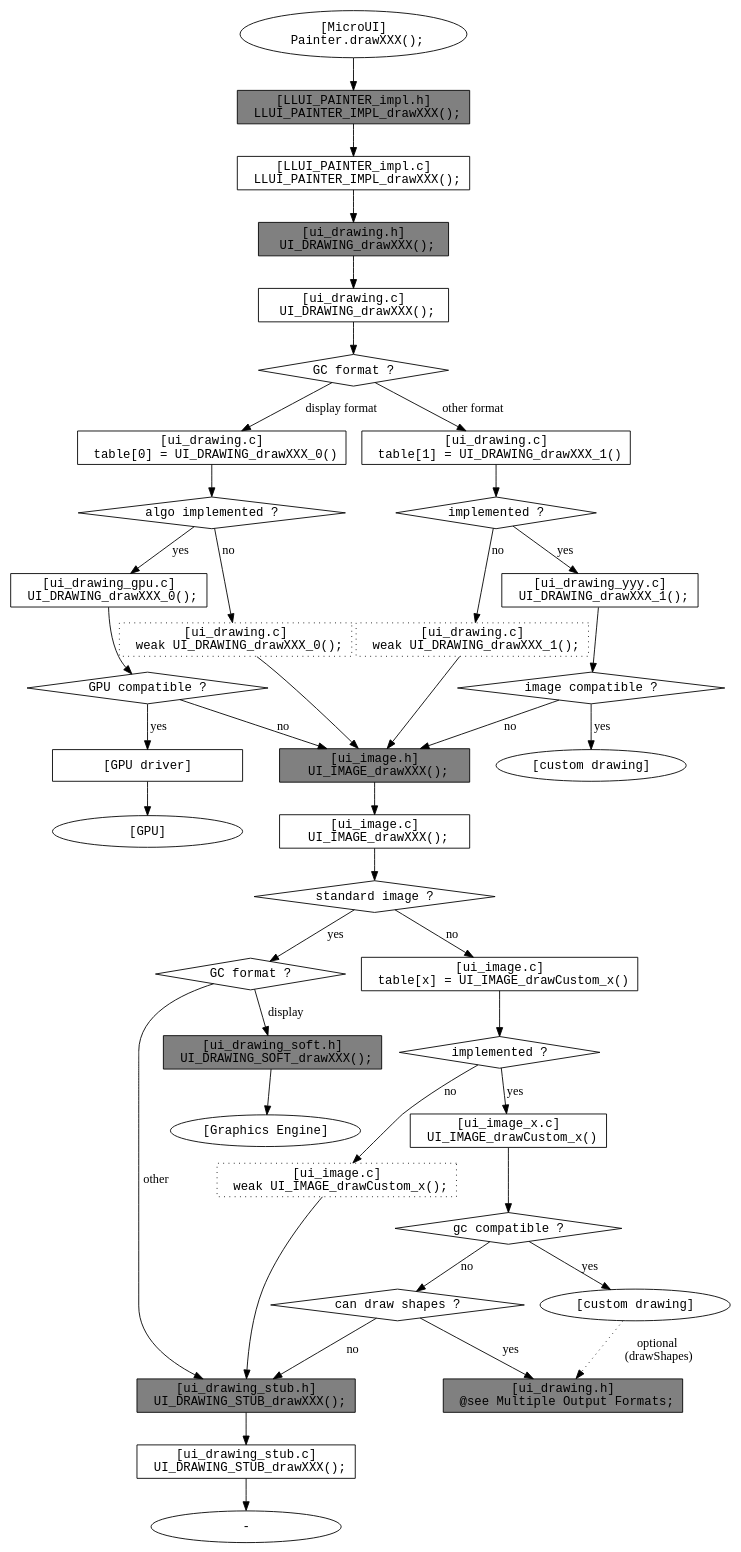
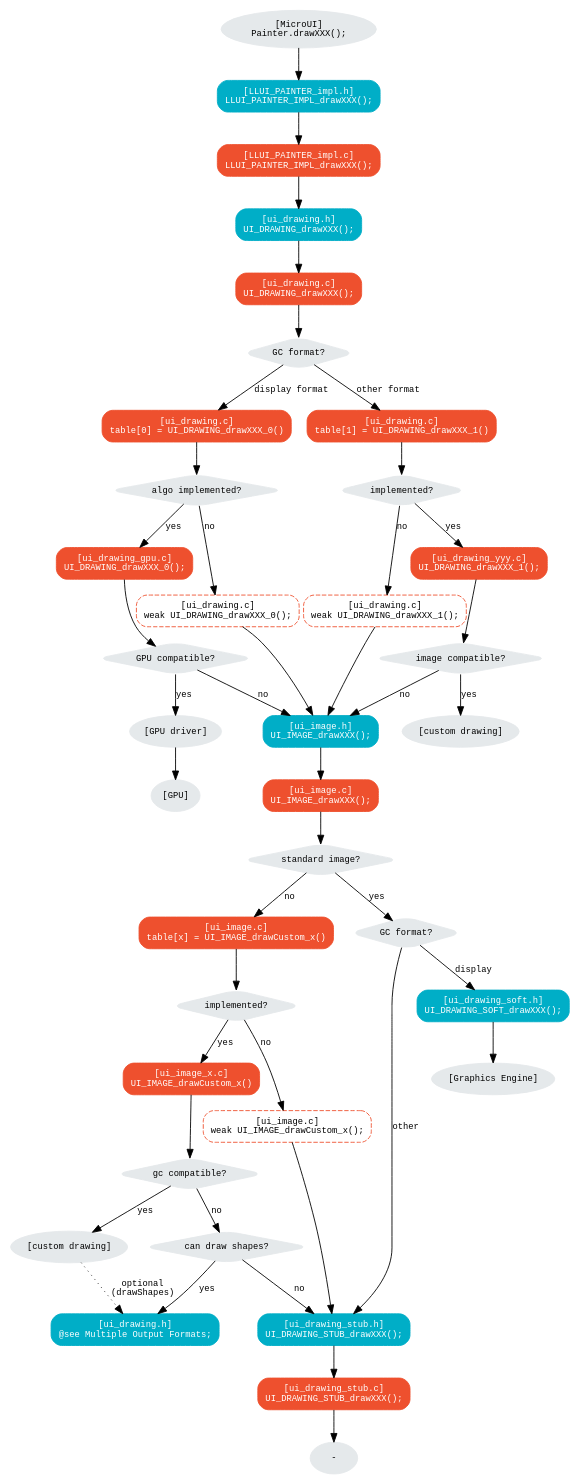
Before and after one commit to MicroEJ/docs: the second of 4 diagrams in VEEPortingGuide/uiBufferedImage.rst, drawn with Graphviz. The commit also changed other lines of this file and 2 other files, not shown here.

Commit message:
Update graphs look.

```diff
--- a/VEEPortingGuide/uiBufferedImage.rst
+++ b/VEEPortingGuide/uiBufferedImage.rst
@@ -480,126 +478,116 @@
   digraph {
     ratio="auto"
     splines="true";
-    node [style=filled fillcolor=white shape=rectangle fontname=monospace fontcolor=black width=3];
-        
+    node [style="filled,rounded" fontname="courier new" fontsize="10"]
+    
+    { //in/out
+        node [shape="ellipse" color="#e5e9eb" fontcolor="black"] mui UID_soft_c UID_gpu_driver UID_gpu_hard UID_1_d stub UIIx_impl_d
+    }
+    { // h
+        node [shape="box" color="#00aec7" fontcolor="white"] LLUI_h UID_h UID_soft_h UID_stub_h UII_h UID_h2
+    }
+    { // c
+        node [shape="box" color="#ee502e" fontcolor="white"] LLUI_c UID_c UID_c0 UID_c1 UID_gpu_0_c UID_1_c UID_stub_c UII_c UIIx_c UIIx_impl_c
+    }
+    { // weak
+        node [shape="box" style="dashed,rounded" color="#ee502e"] UID_weak_0_c UID_weak_1_c UIIx_weak_c
+    }
+    { // choice
+        node [shape="diamond" color="#e5e9eb"] UID_cond UID_gpu_cond UID_table UID_cond_1 UID_1_i UII_cond UII_gc UIIx_cond UIIx_gc UIIx_shape
+    }
+
     // --- SIMPLE FLOW ELEMENTS -- //
 
-    mui [label="[MicroUI]
-    Painter.drawXXX();" shape=ellipse] 
-    LLUI_h [label="[LLUI_PAINTER_impl.h]
-    LLUI_PAINTER_IMPL_drawXXX();" fillcolor=gray]
-    LLUI_c [label="[LLUI_PAINTER_impl.c]
-    LLUI_PAINTER_IMPL_drawXXX();"]
-    UID_h [label="[ui_drawing.h]
-    UI_DRAWING_drawXXX();" fillcolor=gray]
-    // UID_weak_c [label="[ui_drawing.c]
-    // weak UI_DRAWING_drawXXX();" style=dotted]
-    UID_soft_h [label="[ui_drawing_soft.h]
-    UI_DRAWING_SOFT_drawXXX();" fillcolor=gray]
-    UID_soft_c [label="[Graphics Engine]" shape=ellipse]
+    mui [label="[MicroUI]\nPainter.drawXXX();"] 
+    LLUI_h [label="[LLUI_PAINTER_impl.h]\nLLUI_PAINTER_IMPL_drawXXX();"]
+    LLUI_c [label="[LLUI_PAINTER_impl.c]\nLLUI_PAINTER_IMPL_drawXXX();"]
+    UID_h [label="[ui_drawing.h]\nUI_DRAWING_drawXXX();"]
+    UID_soft_h [label="[ui_drawing_soft.h]\nUI_DRAWING_SOFT_drawXXX();"]
+    UID_soft_c [label="[Graphics Engine]"]
 
     // --- GPU FLOW ELEMENTS -- //
 
-    UID_cond [label="algo implemented ?" shape=diamond]
-    // UID_gpu_c [label="[ui_drawing_gpu.c]
-    // UI_DRAWING_drawXXX();"]
-    UID_gpu_cond [label="GPU compatible ?" shape=diamond]
+    UID_cond [label="algo implemented?"]
+    UID_gpu_cond [label="GPU compatible?"]
     UID_gpu_driver [label="[GPU driver]"]
-    UID_gpu_hard [label="[GPU]" shape=ellipse]
+    UID_gpu_hard [label="[GPU]"]
 
     // --- MULTIPLE GC FLOW ELEMENTS -- //
 
-    UID_c [label="[ui_drawing.c]
-    UI_DRAWING_drawXXX();"]
-    UID_table [label="GC format ?" shape=diamond]
-    UID_c0 [label="[ui_drawing.c]
-    table[0] = UI_DRAWING_drawXXX_0()"]
-    UID_c1 [label="[ui_drawing.c]
-    table[1] = UI_DRAWING_drawXXX_1()"]
-    UID_weak_0_c [label="[ui_drawing.c]
-    weak UI_DRAWING_drawXXX_0();" style=dotted]
-    UID_gpu_0_c [label="[ui_drawing_gpu.c]
-    UI_DRAWING_drawXXX_0();"]
-    UID_cond_1 [label="implemented ?" shape=diamond]
-    UID_weak_1_c [label="[ui_drawing.c]
-    weak UI_DRAWING_drawXXX_1();" style=dotted]
-    UID_1_c [label="[ui_drawing_yyy.c]
-    UI_DRAWING_drawXXX_1();"]
-    UID_1_d [label="[custom drawing]" shape=ellipse]
-    UID_1_i [label="image compatible ?" shape=diamond]
+    UID_c [label="[ui_drawing.c]\nUI_DRAWING_drawXXX();"]
+    UID_table [label="GC format?"]
+    UID_c0 [label="[ui_drawing.c]\ntable[0] = UI_DRAWING_drawXXX_0()"]
+    UID_c1 [label="[ui_drawing.c]\ntable[1] = UI_DRAWING_drawXXX_1()"]
+    UID_weak_0_c [label="[ui_drawing.c]\nweak UI_DRAWING_drawXXX_0();"]
+    UID_gpu_0_c [label="[ui_drawing_gpu.c]\nUI_DRAWING_drawXXX_0();"]
+    UID_cond_1 [label="implemented?"]
+    UID_weak_1_c [label="[ui_drawing.c]\nweak UI_DRAWING_drawXXX_1();"]
+    UID_1_c [label="[ui_drawing_yyy.c]\nUI_DRAWING_drawXXX_1();"]
+    UID_1_d [label="[custom drawing]"]
+    UID_1_i [label="image compatible?"]
 
-    UID_stub_h [label="[ui_drawing_stub.h]
-    UI_DRAWING_STUB_drawXXX();" fillcolor=gray]
-    UID_stub_c [label="[ui_drawing_stub.c]
-    UI_DRAWING_STUB_drawXXX();"]
-    stub [label="-" shape=ellipse]
+    UID_stub_h [label="[ui_drawing_stub.h]\nUI_DRAWING_STUB_drawXXX();"]
+    UID_stub_c [label="[ui_drawing_stub.c]\nUI_DRAWING_STUB_drawXXX();"]
+    stub [label="-"]
 
     // --- MULTIPLE IMAGES FLOW ELEMENTS -- //
 
-    UII_h [label="[ui_image.h]
-    UI_IMAGE_drawXXX();" fillcolor=gray]
-    UII_c [label="[ui_image.c]
-    UI_IMAGE_drawXXX();"]
-    UII_cond [label="standard image ?" shape=diamond]
-    UII_gc [label="GC format ?" shape=diamond]
-    UIIx_c [label="[ui_image.c]
-    table[x] = UI_IMAGE_drawCustom_x()"]
-    UIIx_weak_c [label="[ui_image.c]
-    weak UI_IMAGE_drawCustom_x();" style=dotted]
-    UIIx_cond [label="implemented ?" shape=diamond]
-    UIIx_impl_c [label="[ui_image_x.c]
-    UI_IMAGE_drawCustom_x()"]
-    UIIx_impl_d [label="[custom drawing]" shape=ellipse]
-    UIIx_gc [label="gc compatible ?" shape=diamond]
-    UIIx_shape [label="can draw shapes ?" shape=diamond]
+    UII_h [label="[ui_image.h]\nUI_IMAGE_drawXXX();"]
+    UII_c [label="[ui_image.c]\nUI_IMAGE_drawXXX();"]
+    UII_cond [label="standard image?"]
+    UII_gc [label="GC format?"]
+    UIIx_c [label="[ui_image.c]\ntable[x] = UI_IMAGE_drawCustom_x()"]
+    UIIx_weak_c [label="[ui_image.c]\nweak UI_IMAGE_drawCustom_x();"]
+    UIIx_cond [label="implemented?"]
+    UIIx_impl_c [label="[ui_image_x.c]\nUI_IMAGE_drawCustom_x()"]
+    UIIx_impl_d [label="[custom drawing]"]
+    UIIx_gc [label="gc compatible?"]
+    UIIx_shape [label="can draw shapes?"]
 
-    UID_h2 [label="[ui_drawing.h]
-    @see Multiple Output Formats;" fillcolor=gray ]
+    UID_h2 [label="[ui_drawing.h]\n@see Multiple Output Formats;"]
 
     // --- FLOW -- //
 
     mui->LLUI_h->LLUI_c->UID_h->UID_c->UID_table
-    UID_table->UID_c0 [label="display format"]
+    UID_table->UID_c0 [label="display format" fontname="courier new" fontsize="10"]
     UID_c0->UID_cond
-    UID_table->UID_c1 [label="other format"]
+    UID_table->UID_c1 [label="other format" fontname="courier new" fontsize="10"]
     UID_c1->UID_cond_1
 
     // dest: display format
-    UID_cond->UID_weak_0_c [label="no"]
+    UID_cond->UID_weak_0_c [label="no" fontname="courier new" fontsize="10"]
     UID_weak_0_c->UII_h->UII_c->UII_cond
-    UID_cond->UID_gpu_0_c [label="yes"]
+    UID_cond->UID_gpu_0_c [label="yes" fontname="courier new" fontsize="10"]
     UID_gpu_0_c->UID_gpu_cond
 
     UID_stub_h->UID_stub_c->stub
 
     // dest: custom format
-    UID_cond_1->UID_weak_1_c [label="no"]
+    UID_cond_1->UID_weak_1_c [label="no" fontname="courier new" fontsize="10"]
     UID_weak_1_c->UII_h
-    UID_cond_1->UID_1_c [label="yes"]
+    UID_cond_1->UID_1_c [label="yes" fontname="courier new" fontsize="10"]
     UID_1_c->UID_1_i
-    UID_1_i->UID_1_d [label="yes"]
-    UID_1_i->UII_h [label="no"]
+    UID_1_i->UID_1_d [label="yes" fontname="courier new" fontsize="10"]
+    UID_1_i->UII_h [label="no" fontname="courier new" fontsize="10"]
 
     // gpu
-    UID_gpu_cond->UII_h [label="no"]
-    UID_gpu_cond->UID_gpu_driver [label="yes"]
+    UID_gpu_cond->UII_h [label="no" fontname="courier new" fontsize="10"]
+    UID_gpu_cond->UID_gpu_driver [label="yes" fontname="courier new" fontsize="10"]
     UID_gpu_driver->UID_gpu_hard
 
-    UII_cond->UII_gc [label="yes"]
-    UII_cond->UIIx_c [label="no"]
-    UII_gc->UID_soft_h  [label="display"]
-    UII_gc->UID_stub_h  [label="other"]
+    UII_cond->UII_gc [label="yes" fontname="courier new" fontsize="10"]
+    UII_cond->UIIx_c [label="no" fontname="courier new" fontsize="10"]
+    UII_gc->UID_soft_h  [label="display" fontname="courier new" fontsize="10"]
+    UII_gc->UID_stub_h  [label="other" fontname="courier new" fontsize="10"]
     UID_soft_h->UID_soft_c
     UIIx_c->UIIx_cond
-    UIIx_cond->UIIx_weak_c [label="no"]
+    UIIx_cond->UIIx_weak_c [label="no" fontname="courier new" fontsize="10"]
     UIIx_weak_c->UID_stub_h
-    UIIx_cond->UIIx_impl_c [label="yes"]
+    UIIx_cond->UIIx_impl_c [label="yes" fontname="courier new" fontsize="10"]
     UIIx_impl_c->UIIx_gc
-    UIIx_gc->UIIx_impl_d [label="yes"]
-    UIIx_gc->UIIx_shape [label="no"]
-    UIIx_shape->UID_h2 [label="yes"]
-    UIIx_shape->UID_stub_h [label="no"]
-    UIIx_impl_d->UID_h2 [style=dotted label="optional
-    (drawShapes)"]
-
+    UIIx_gc->UIIx_impl_d [label="yes" fontname="courier new" fontsize="10"]
+    UIIx_gc->UIIx_shape [label="no" fontname="courier new" fontsize="10"]
+    UIIx_shape->UID_h2 [label="yes" fontname="courier new" fontsize="10"]
+    UIIx_shape->UID_stub_h [label="no" fontname="courier new" fontsize="10"]
+    UIIx_impl_d->UID_h2 [style=dotted label="optional\n(drawShapes)" fontname="courier new" fontsize="10"]
   }
```
